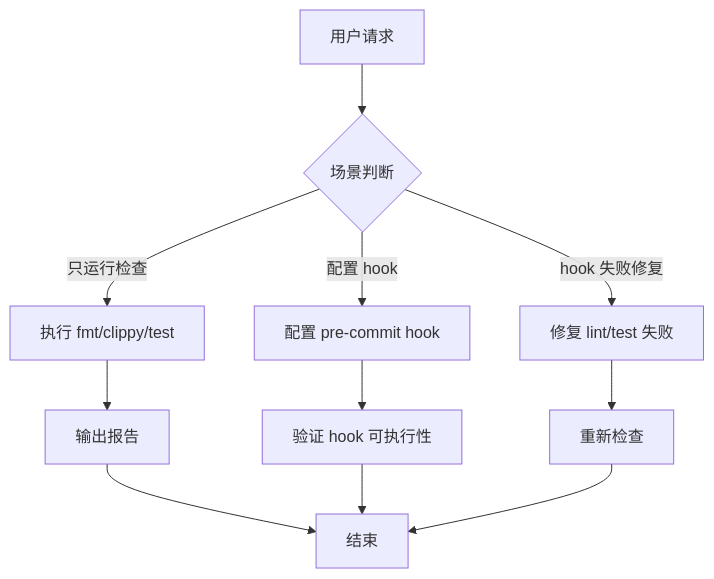
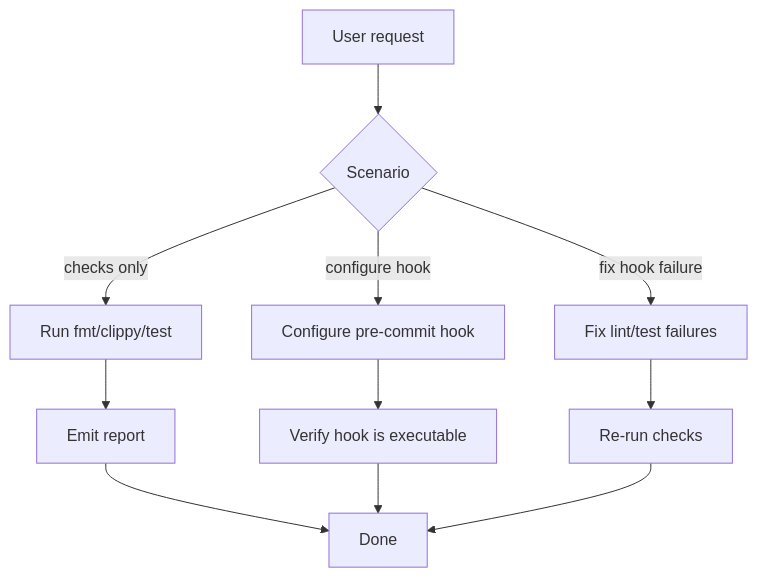
One commit to byx-darwin/gitflow-cli changed the diagram in skills/gitflow-precommit/SKILL.md. Above: the diagram before and after it, drawn with Mermaid. The commit also changed other lines of this file and 18 other files, not shown here.

````diff
--- a/skills/gitflow-precommit/SKILL.md
+++ b/skills/gitflow-precommit/SKILL.md
@@ -27,13 +27,13 @@
 ```mermaid
 flowchart TD
-  U[用户请求] --> A{场景判断}
-  A -->|只运行检查| CHECK[执行 fmt/clippy/test]
-  A -->|配置 hook| CONFIG[配置 pre-commit hook]
-  A -->|hook 失败修复| FIX[修复 lint/test 失败]
-  CHECK --> REPORT[输出报告]
-  CONFIG --> VERIFY[验证 hook 可执行性]
-  FIX --> RECHECK[重新检查]
-  REPORT --> END[结束]
+  U[User request] --> A{Scenario}
+  A -->|checks only| CHECK[Run fmt/clippy/test]
+  A -->|configure hook| CONFIG[Configure pre-commit hook]
+  A -->|fix hook failure| FIX[Fix lint/test failures]
+  CHECK --> REPORT[Emit report]
+  CONFIG --> VERIFY[Verify hook is executable]
+  FIX --> RECHECK[Re-run checks]
+  REPORT --> END[Done]
   VERIFY --> END
   RECHECK --> END
 ```
````
